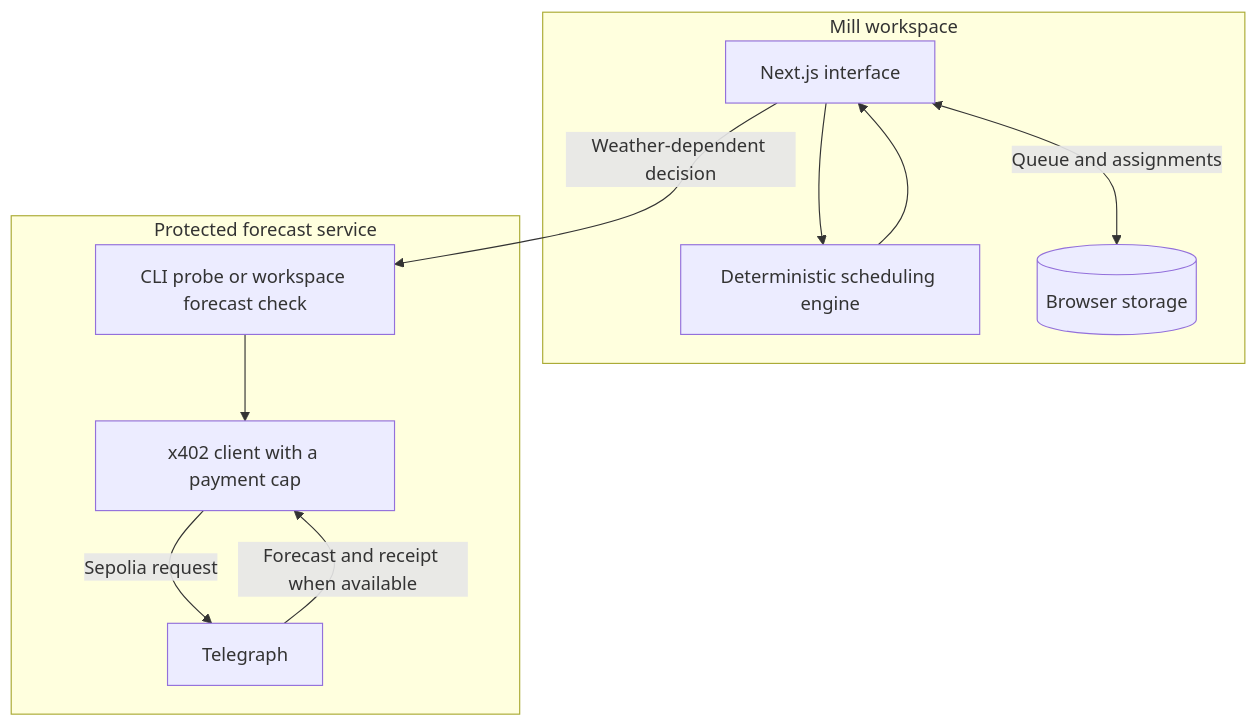
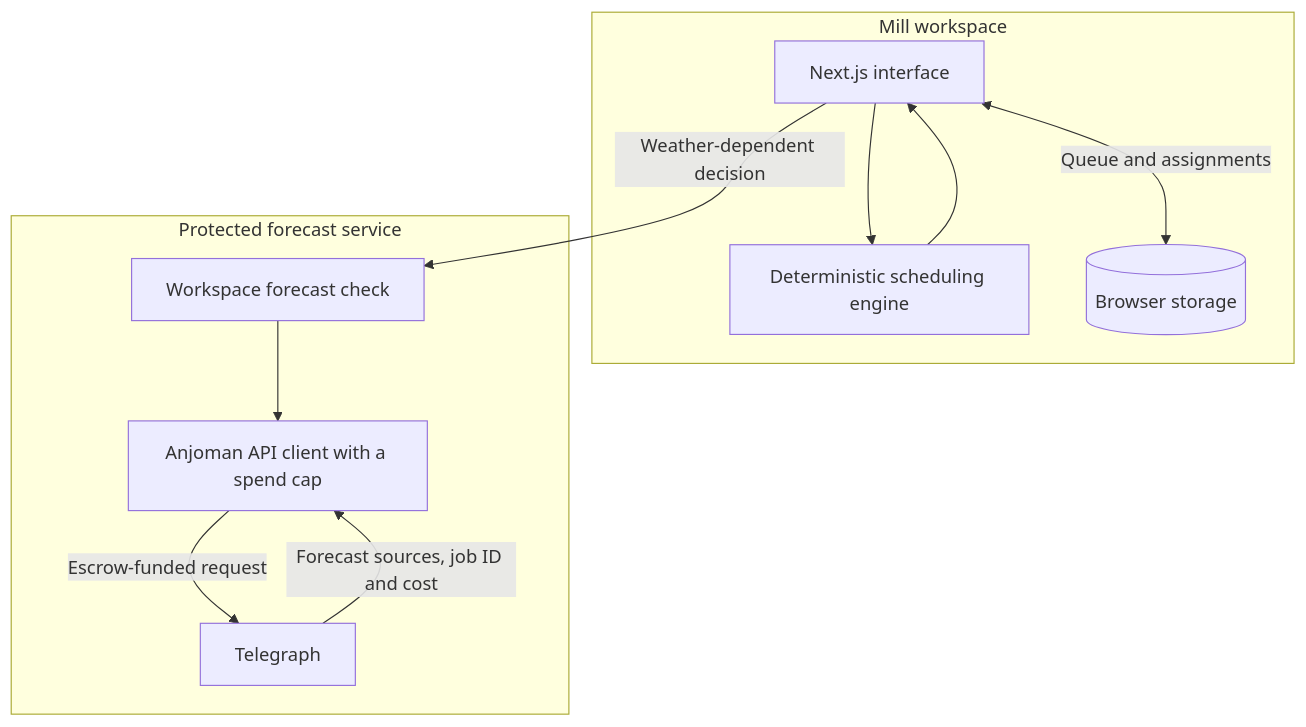
One commit to thesithunyein/paddyturn changed the second of 2 diagrams in README.md. Above: the diagram before and after it, drawn with Mermaid. The commit also changed other lines of this file and 5 other files, not shown here.

Commit message:
Use Anjoman escrow API for PaddyTurn forecast decisions

````diff
--- a/README.md
+++ b/README.md
@@ -42,14 +42,14 @@
 ```mermaid
 flowchart TB
     subgraph Browser["Mill workspace"]
         UI["Next.js interface"] --> Rules["Deterministic scheduling engine"]
         UI <-->|Queue and assignments| Store[("Browser storage")]
         Rules --> UI
     end
     subgraph Forecast["Protected forecast service"]
-        Probe["CLI probe or workspace forecast check"] --> Client["x402 client with a payment cap"]
-        Client -->|Sepolia request| Telegraph["Telegraph"]
-        Telegraph -->|Forecast and receipt when available| Client
+        Probe["Workspace forecast check"] --> Client["Anjoman API client with a spend cap"]
+        Client -->|Escrow-funded request| Telegraph["Telegraph"]
+        Telegraph -->|Forecast sources, job ID and cost| Client
     end
     UI -->|Weather-dependent decision| Probe
 ```
````
